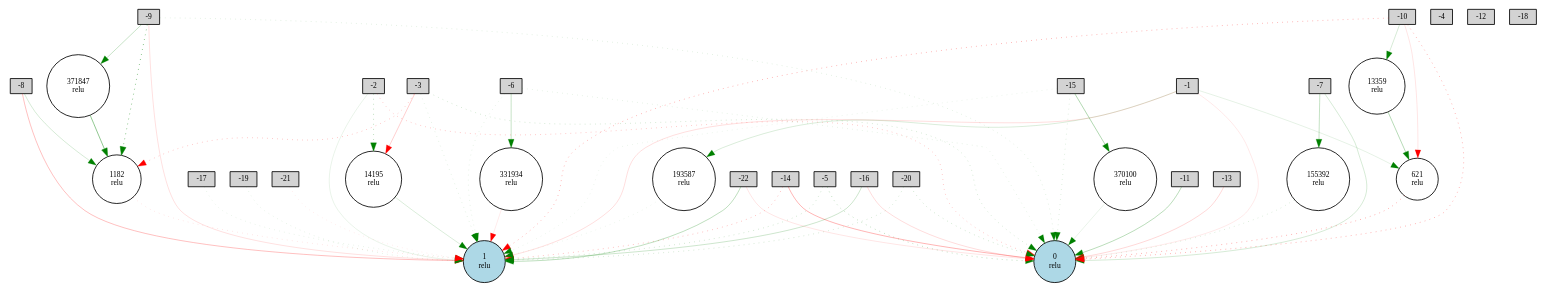
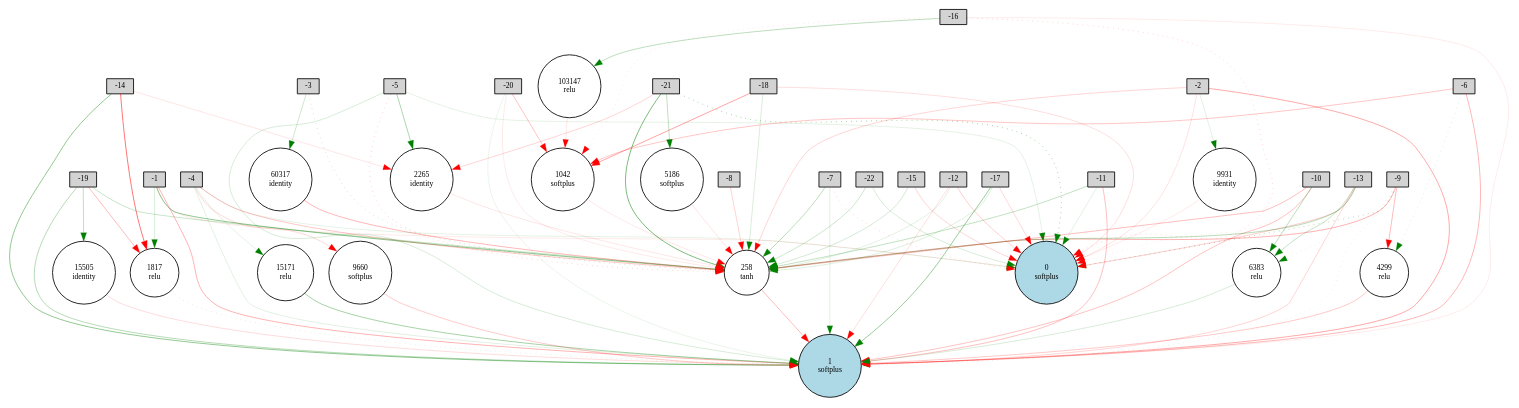
Before and after one commit to winatawelly/skripsi: the diagram in code/Digraph.gv, drawn with Graphviz. The commit also changed 20 other files, not shown here.

```diff
--- a/code/Digraph.gv
+++ b/code/Digraph.gv
@@ -1,100 +1,141 @@
 digraph {
 	node [fontsize=9 height=0.2 shape=circle width=0.2]
 	A [label=-1 fillcolor=lightgray shape=box style=filled]
 	B [label=-2 fillcolor=lightgray shape=box style=filled]
 	-3 [label=-3 fillcolor=lightgray shape=box style=filled]
 	-4 [label=-4 fillcolor=lightgray shape=box style=filled]
 	-5 [label=-5 fillcolor=lightgray shape=box style=filled]
 	-6 [label=-6 fillcolor=lightgray shape=box style=filled]
 	-7 [label=-7 fillcolor=lightgray shape=box style=filled]
 	-8 [label=-8 fillcolor=lightgray shape=box style=filled]
 	-9 [label=-9 fillcolor=lightgray shape=box style=filled]
 	-10 [label=-10 fillcolor=lightgray shape=box style=filled]
 	-11 [label=-11 fillcolor=lightgray shape=box style=filled]
 	-12 [label=-12 fillcolor=lightgray shape=box style=filled]
 	-13 [label=-13 fillcolor=lightgray shape=box style=filled]
 	-14 [label=-14 fillcolor=lightgray shape=box style=filled]
 	-15 [label=-15 fillcolor=lightgray shape=box style=filled]
 	-16 [label=-16 fillcolor=lightgray shape=box style=filled]
 	-17 [label=-17 fillcolor=lightgray shape=box style=filled]
 	-18 [label=-18 fillcolor=lightgray shape=box style=filled]
 	-19 [label=-19 fillcolor=lightgray shape=box style=filled]
 	-20 [label=-20 fillcolor=lightgray shape=box style=filled]
 	-21 [label=-21 fillcolor=lightgray shape=box style=filled]
 	-22 [label=-22 fillcolor=lightgray shape=box style=filled]
 	"A XOR B" [label="0
-relu" fillcolor=lightblue style=filled]
+softplus" fillcolor=lightblue style=filled]
 	1 [label="1
-relu" fillcolor=lightblue style=filled]
-	155392 [label="155392
+softplus" fillcolor=lightblue style=filled]
+	258 [label="258
+tanh" fillcolor=white style=filled]
+	5186 [label="5186
+softplus" fillcolor=white style=filled]
+	2265 [label="2265
+identity" fillcolor=white style=filled]
+	15171 [label="15171
 relu" fillcolor=white style=filled]
-	371847 [label="371847
+	4299 [label="4299
 relu" fillcolor=white style=filled]
-	621 [label="621
+	9931 [label="9931
+identity" fillcolor=white style=filled]
+	103147 [label="103147
 relu" fillcolor=white style=filled]
-	13359 [label="13359
+	6383 [label="6383
 relu" fillcolor=white style=filled]
-	14195 [label="14195
+	15505 [label="15505
+identity" fillcolor=white style=filled]
+	1042 [label="1042
+softplus" fillcolor=white style=filled]
+	1817 [label="1817
 relu" fillcolor=white style=filled]
-	193587 [label="193587
-relu" fillcolor=white style=filled]
-	370100 [label="370100
-relu" fillcolor=white style=filled]
-	331934 [label="331934
-relu" fillcolor=white style=filled]
-	1182 [label="1182
-relu" fillcolor=white style=filled]
-	-5 -> "A XOR B" [color=green penwidth=0.34293013829885977 style=dotted]
-	-16 -> 1 [color=green penwidth=0.23682410090502798 style=solid]
-	-9 -> "A XOR B" [color=green penwidth=0.15618182964747146 style=dotted]
-	A -> "A XOR B" [color=red penwidth=0.10763762919953847 style=solid]
-	-19 -> 1 [color=green penwidth=0.13826956418673547 style=dotted]
-	-20 -> "A XOR B" [color=green penwidth=0.25792938693281375 style=dotted]
-	A -> 1 [color=red penwidth=0.15721803361598824 style=solid]
-	-13 -> "A XOR B" [color=red penwidth=0.18634270392671765 style=solid]
-	B -> 1 [color=green penwidth=0.11067344858994307 style=solid]
-	-10 -> 1 [color=red penwidth=0.38680789805438953 style=dotted]
-	-14 -> "A XOR B" [color=red penwidth=0.34607886112955516 style=solid]
-	-15 -> "A XOR B" [color=green penwidth=0.18240247324954112 style=dotted]
-	-16 -> "A XOR B" [color=red penwidth=0.17022311201216403 style=solid]
-	-17 -> 1 [color=green penwidth=0.1280901970910007 style=dotted]
-	-22 -> 1 [color=green penwidth=0.3064185054417302 style=solid]
-	-6 -> "A XOR B" [color=green penwidth=0.14220702374442873 style=dotted]
-	-14 -> 1 [color=red penwidth=0.33963961671625487 style=dotted]
-	-3 -> 1 [color=green penwidth=0.14591138917087848 style=dotted]
-	-7 -> "A XOR B" [color=green penwidth=0.2022082543518921 style=solid]
-	-5 -> 1 [color=green penwidth=0.2522388249055117 style=dotted]
-	-6 -> 1 [color=green penwidth=0.13833642380703653 style=dotted]
-	-3 -> "A XOR B" [color=green penwidth=0.23464264468270965 style=dotted]
-	-8 -> 1 [color=red penwidth=0.30138840490738367 style=solid]
-	B -> "A XOR B" [color=red penwidth=0.2852220452504013 style=dotted]
-	-21 -> 1 [color=red penwidth=0.1146486980077276 style=dotted]
-	-20 -> 1 [color=green penwidth=0.22878567368152675 style=dotted]
-	-9 -> 1 [color=red penwidth=0.15346200769020318 style=solid]
-	-11 -> "A XOR B" [color=green penwidth=0.3290485524376564 style=solid]
-	-15 -> 1 [color=green penwidth=0.11091575702484888 style=dotted]
-	-10 -> "A XOR B" [color=red penwidth=0.40126819197172736 style=dotted]
-	-22 -> "A XOR B" [color=red penwidth=0.13264686889971622 style=solid]
-	A -> 621 [color=green penwidth=0.13210079248438256 style=solid]
-	621 -> "A XOR B" [color=red penwidth=0.4214193644116324 style=dotted]
-	-10 -> 621 [color=red penwidth=0.13454030826283445 style=solid]
-	-8 -> 1182 [color=green penwidth=0.20277407402530728 style=solid]
-	1182 -> 1 [color=red penwidth=0.14214697440403778 style=dotted]
-	-10 -> 13359 [color=green penwidth=0.20053106267795212 style=solid]
-	13359 -> 621 [color=green penwidth=0.3401597488682033 style=solid]
-	-9 -> 1182 [color=green penwidth=0.6226253889337726 style=dotted]
-	B -> 14195 [color=green penwidth=0.3359876842107099 style=dotted]
-	14195 -> 1 [color=green penwidth=0.17975245686942368 style=solid]
-	-7 -> 155392 [color=green penwidth=0.2795308120193552 style=solid]
-	155392 -> "A XOR B" [color=green penwidth=0.19903043124064862 style=dotted]
-	-3 -> 1182 [color=red penwidth=0.3049791538716199 style=dotted]
-	A -> 193587 [color=green penwidth=0.18453441956450609 style=solid]
-	193587 -> 1 [color=green penwidth=0.10509784584836267 style=dotted]
-	-6 -> 331934 [color=green penwidth=0.2658367461595329 style=solid]
-	331934 -> 1 [color=red penwidth=0.10016578563385309 style=solid]
-	-3 -> 14195 [color=red penwidth=0.23121668861262112 style=solid]
-	-15 -> 370100 [color=green penwidth=0.37459433330130265 style=solid]
-	370100 -> "A XOR B" [color=green penwidth=0.11313255684506417 style=solid]
-	-9 -> 371847 [color=green penwidth=0.2746091907648872 style=solid]
-	371847 -> 1182 [color=green penwidth=0.5249727614477087 style=solid]
+	9660 [label="9660
+softplus" fillcolor=white style=filled]
+	60317 [label="60317
+identity" fillcolor=white style=filled]
+	-10 -> "A XOR B" [color=red penwidth=0.11422329236710461 style=dotted]
+	-18 -> "A XOR B" [color=red penwidth=0.1624012376845564 style=solid]
+	-12 -> 258 [color=green penwidth=0.14300324413208818 style=solid]
+	-9 -> 258 [color=red penwidth=0.3627232874594861 style=solid]
+	-12 -> "A XOR B" [color=red penwidth=0.22745437782277397 style=solid]
+	-22 -> "A XOR B" [color=green penwidth=0.1918356564377236 style=solid]
+	-5 -> 1 [color=green penwidth=0.18636498037080906 style=solid]
+	A -> "A XOR B" [color=red penwidth=0.10597807123718175 style=solid]
+	-6 -> 1 [color=red penwidth=0.3373299191223935 style=solid]
+	-14 -> 1 [color=green penwidth=0.5128916395307542 style=solid]
+	-9 -> 1 [color=green penwidth=0.13746836989077385 style=dotted]
+	-15 -> "A XOR B" [color=red penwidth=0.19765664653137288 style=solid]
+	-17 -> "A XOR B" [color=red penwidth=0.19098022644435092 style=solid]
+	-18 -> 258 [color=green penwidth=0.1783095911388061 style=solid]
+	-7 -> 1 [color=green penwidth=0.13643539214520758 style=solid]
+	-22 -> 258 [color=green penwidth=0.2393533862855512 style=solid]
+	-16 -> 1 [color=red penwidth=0.10081621480621512 style=solid]
+	-17 -> 1 [color=green penwidth=0.4705233659966376 style=solid]
+	-4 -> 1 [color=green penwidth=0.14051362812225465 style=solid]
+	-9 -> "A XOR B" [color=green penwidth=0.4056211115364057 style=dotted]
+	-19 -> 1 [color=green penwidth=0.3368346287333135 style=solid]
+	-11 -> 1 [color=red penwidth=0.30079348851148546 style=solid]
+	-21 -> 258 [color=green penwidth=0.622753820811408 style=solid]
+	-21 -> "A XOR B" [color=green penwidth=0.4689927215261761 style=dotted]
+	-7 -> 258 [color=green penwidth=0.3161361575366691 style=solid]
+	A -> 1 [color=red penwidth=0.3642727762463811 style=solid]
+	-15 -> 258 [color=green penwidth=0.20034582310605634 style=solid]
+	-10 -> 1 [color=red penwidth=0.2910527418711341 style=solid]
+	B -> 1 [color=red penwidth=0.4022171227586585 style=solid]
+	-5 -> "A XOR B" [color=green penwidth=0.13165564348290004 style=solid]
+	-3 -> 258 [color=green penwidth=0.264915692012074 style=dotted]
+	-13 -> "A XOR B" [color=red penwidth=0.23604211206842482 style=solid]
+	-8 -> 258 [color=red penwidth=0.21113002466090616 style=solid]
+	-13 -> 1 [color=red penwidth=0.20101840843813618 style=solid]
+	-20 -> 1 [color=green penwidth=0.1035798294932492 style=solid]
+	-11 -> 258 [color=green penwidth=0.28989935946531903 style=solid]
+	B -> 258 [color=red penwidth=0.203370139137531 style=solid]
+	B -> "A XOR B" [color=red penwidth=0.13993382205185517 style=solid]
+	-16 -> "A XOR B" [color=red penwidth=0.22901265001958346 style=dotted]
+	-11 -> "A XOR B" [color=green penwidth=0.14456968335288767 style=solid]
+	-12 -> 1 [color=red penwidth=0.1559692484804835 style=solid]
+	-19 -> 258 [color=green penwidth=0.2630107795854978 style=solid]
+	258 -> 1 [color=red penwidth=0.323337069852601 style=solid]
+	-20 -> 258 [color=red penwidth=0.11414397824615102 style=solid]
+	-17 -> 258 [color=green penwidth=0.15558981477163675 style=solid]
+	-4 -> "A XOR B" [color=green penwidth=0.13178276357957958 style=solid]
+	-5 -> 258 [color=red penwidth=0.24919420855090144 style=dotted]
+	-7 -> "A XOR B" [color=red penwidth=0.22021299453020876 style=dotted]
+	-18 -> 1042 [color=red penwidth=0.42759014799306516 style=solid]
+	1042 -> 258 [color=red penwidth=0.11634276461107879 style=solid]
+	-14 -> 1817 [color=red penwidth=0.6425935233104593 style=solid]
+	1817 -> 1 [color=green penwidth=0.1639676038095167 style=dotted]
+	-6 -> 1042 [color=red penwidth=0.2718347132501986 style=solid]
+	-5 -> 2265 [color=green penwidth=0.3787121344694033 style=solid]
+	2265 -> 258 [color=red penwidth=0.12911562012049185 style=solid]
+	-19 -> 1817 [color=red penwidth=0.334300931319895 style=solid]
+	-4 -> 258 [color=red penwidth=0.2654676760300836 style=solid]
+	-6 -> 4299 [color=green penwidth=0.1801788583501423 style=dotted]
+	4299 -> 1 [color=red penwidth=0.25959248455719625 style=solid]
+	-20 -> 1042 [color=red penwidth=0.29252866728866644 style=solid]
+	-21 -> 5186 [color=green penwidth=0.2968903484211539 style=solid]
+	5186 -> 258 [color=red penwidth=0.13780083948257776 style=solid]
+	-9 -> 4299 [color=red penwidth=0.32446584533172806 style=solid]
+	-13 -> 258 [color=green penwidth=0.33721615575741115 style=solid]
+	-9 -> 6383 [color=green penwidth=0.1319646453067867 style=dotted]
+	6383 -> 1 [color=green penwidth=0.18621681570480347 style=solid]
+	-16 -> 1042 [color=red penwidth=0.1401842717976979 style=dotted]
+	-10 -> 258 [color=red penwidth=0.3148116500548225 style=solid]
+	A -> 1817 [color=green penwidth=0.17525067103175712 style=solid]
+	-4 -> 9660 [color=red penwidth=0.19060708562231732 style=solid]
+	9660 -> 1 [color=red penwidth=0.2472227892217481 style=solid]
+	B -> 9931 [color=green penwidth=0.1407865755551366 style=solid]
+	9931 -> "A XOR B" [color=red penwidth=0.11343402908297845 style=solid]
+	A -> 258 [color=green penwidth=0.5183881752278274 style=solid]
+	-14 -> 2265 [color=red penwidth=0.1281159160878667 style=solid]
+	-21 -> 2265 [color=red penwidth=0.20058902822856112 style=solid]
+	-4 -> 15171 [color=green penwidth=0.12673408739441933 style=solid]
+	15171 -> 1 [color=green penwidth=0.42074029714970507 style=solid]
+	-19 -> 15505 [color=green penwidth=0.31123453733990303 style=solid]
+	15505 -> 1 [color=red penwidth=0.17289277852628246 style=solid]
+	-3 -> 60317 [color=green penwidth=0.22533131066643305 style=solid]
+	60317 -> 258 [color=red penwidth=0.3358319701197987 style=solid]
+	-10 -> 6383 [color=green penwidth=0.3197356760044596 style=solid]
+	-13 -> 6383 [color=green penwidth=0.2671735878596855 style=solid]
+	-16 -> 103147 [color=green penwidth=0.3197296209227874 style=solid]
+	103147 -> 1042 [color=red penwidth=0.12967422791510047 style=solid]
 }
```
